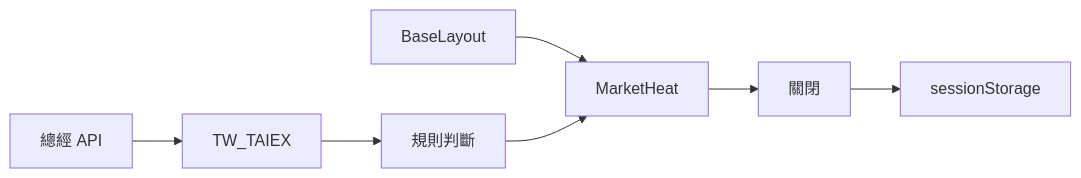
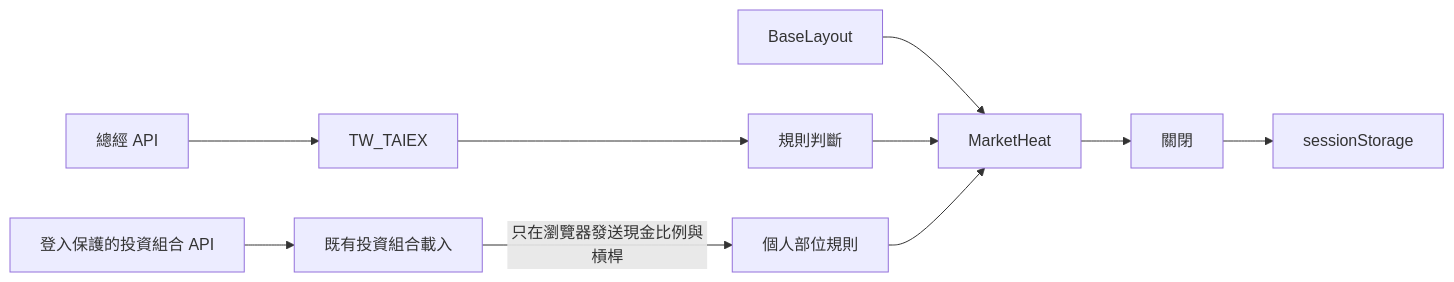
One commit to Vinskao/ty-multiverse changed the diagram in docs/MARKET_HEAT.md. Above: the diagram before and after it, drawn with Mermaid. The commit also changed other lines of this file and 4 other files, not shown here.

````diff
--- a/docs/MARKET_HEAT.md
+++ b/docs/MARKET_HEAT.md
@@ -3,6 +3,9 @@
 ```mermaid
 flowchart LR
  BaseLayout --> MarketHeat
  API[總經 API] --> TW_TAIEX --> 規則判斷 --> MarketHeat
+ Portfolio[登入保護的投資組合 API] --> PortfolioPanel[既有投資組合載入]
+ PortfolioPanel -->|只在瀏覽器發送現金比例與槓桿| PositionRules[個人部位規則]
+ PositionRules --> MarketHeat
  MarketHeat --> 關閉 --> sessionStorage
 ```
````
